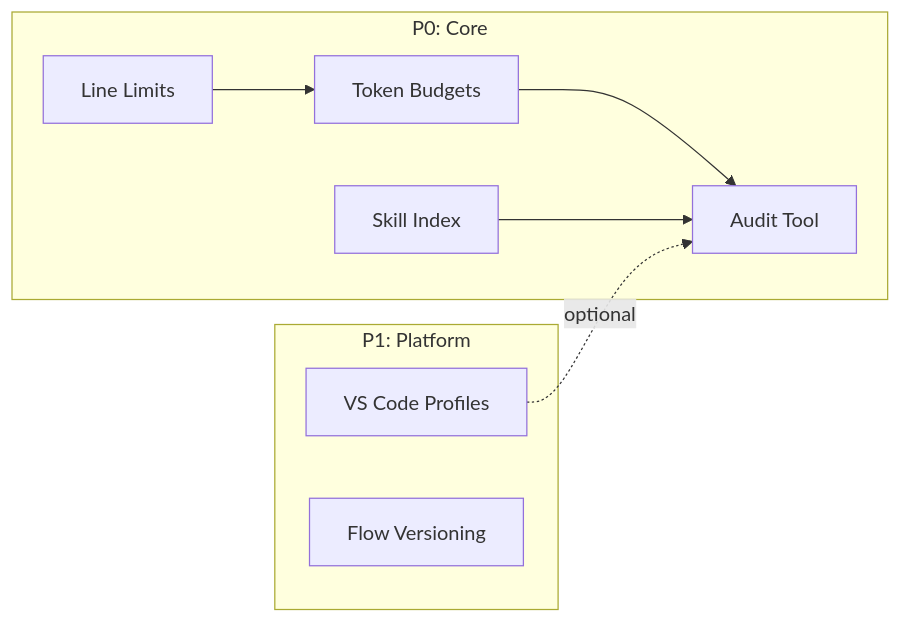
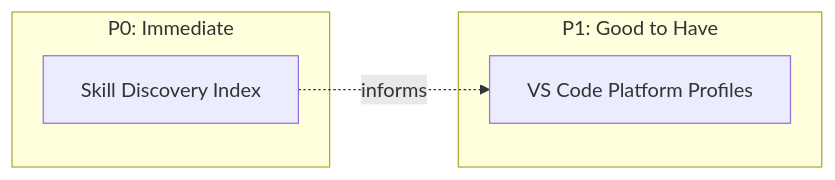
Before and after one commit to AI-Driven-Highspeed-Development/adhd_framework_v3: the second of 2 diagrams in .agent_plan/day_dream/blueprint/instruction_optimization/00_index.md, drawn with Mermaid. The commit also changed other lines of this file and 35 other files, not shown here.

````diff
--- a/.agent_plan/day_dream/blueprint/instruction_optimization/00_index.md
+++ b/.agent_plan/day_dream/blueprint/instruction_optimization/00_index.md
@@ -117,19 +108,12 @@
 ```mermaid
 flowchart LR
-    subgraph P0["P0: Core"]
-        F1[Line Limits]
-        F2[Token Budgets]
-        F3[Skill Index]
-        F4[Audit Tool]
+    subgraph P0["P0: Immediate"]
+        F06[Skill Discovery Index]
     end
     
-    subgraph P1["P1: Platform"]
-        F5[VS Code Profiles]
-        F6[Flow Versioning]
+    subgraph P1["P1: Good to Have"]
+        F05[VS Code Platform Profiles]
     end
     
-    F2 --> F4
-    F3 --> F4
-    F5 -.->|optional| F4
-    F1 --> F2
+    F06 -.->|informs| F05
 ```
````
